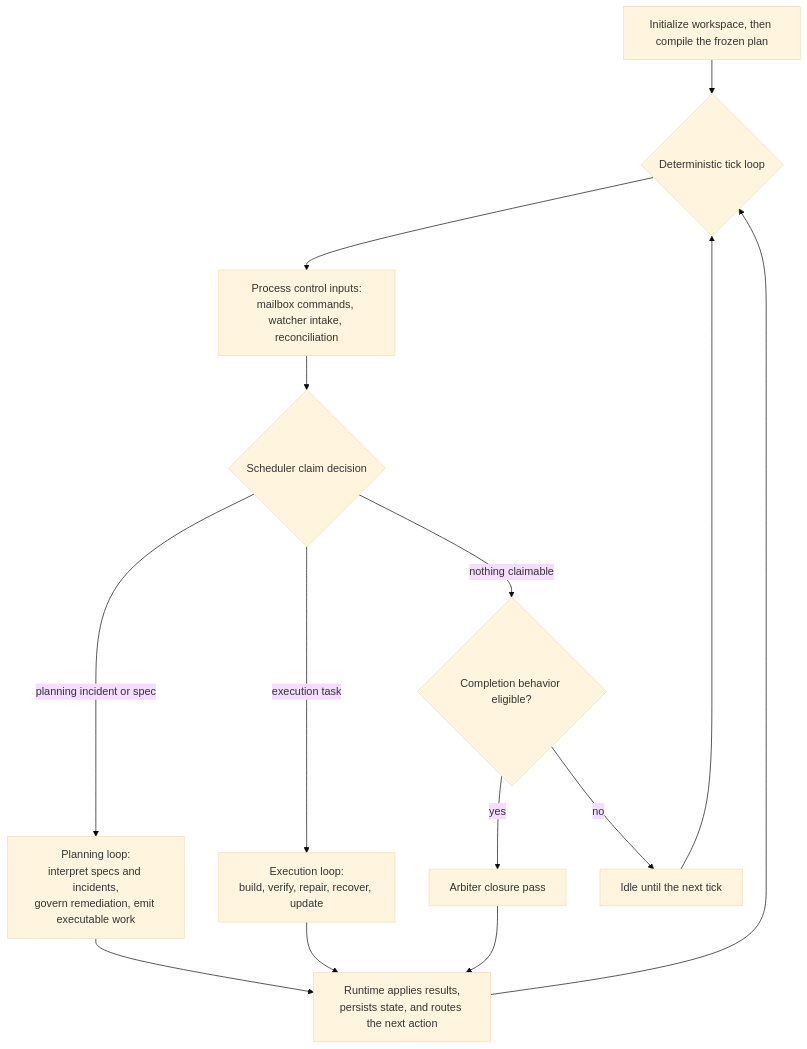
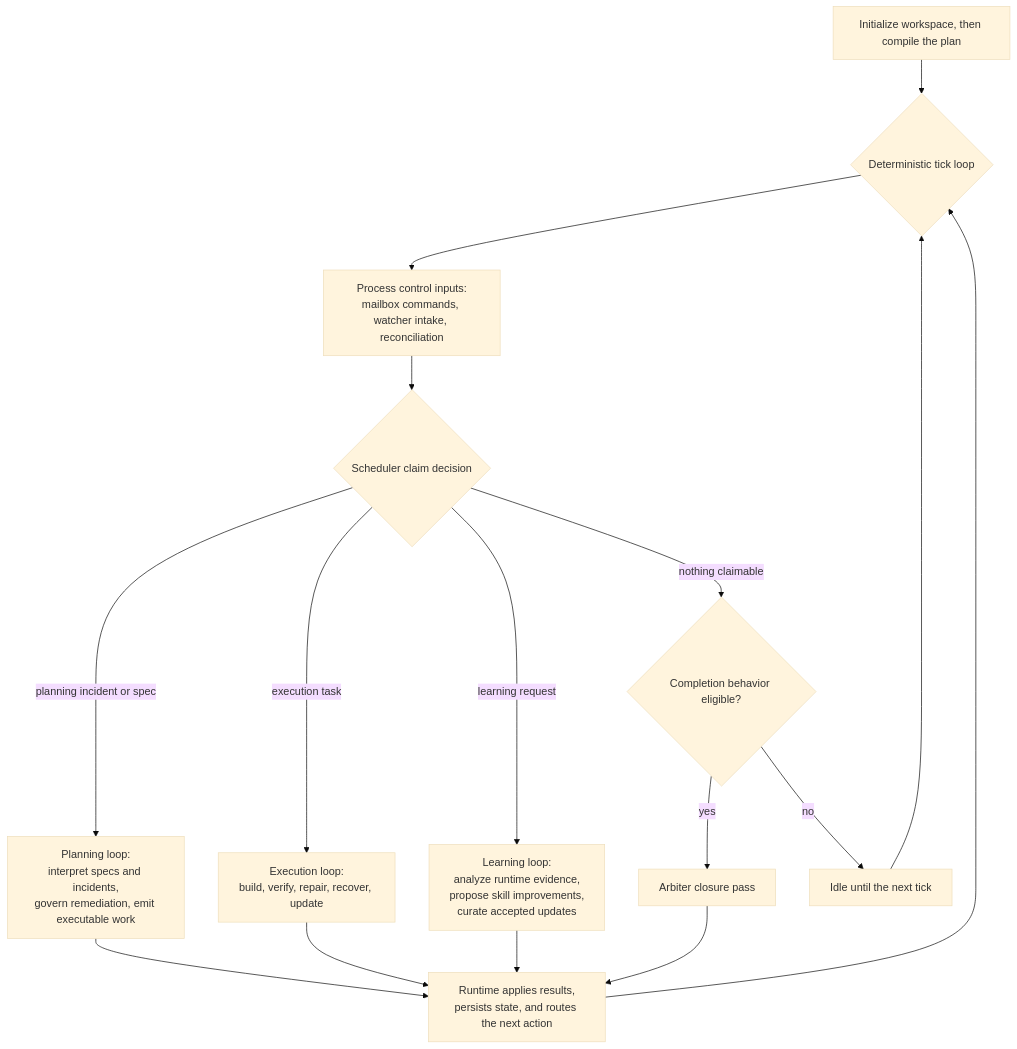
The diagram in README.md (tim-osterhus/millrace), drawn with Mermaid (base theme) before and after one commit. The commit also changed other lines of this file and 36 other files, not shown here.

````diff
--- a/README.md
+++ b/README.md
@@ -53,16 +53,18 @@
 ```mermaid
 flowchart TD
-    A["Initialize workspace, then compile the frozen plan"] --> B{"Deterministic tick loop"}
+    A["Initialize workspace, then compile the plan"] --> B{"Deterministic tick loop"}
     B --> C["Process control inputs:<br/>mailbox commands, watcher intake, reconciliation"]
     C --> D{"Scheduler claim decision"}
     D -- planning incident or spec --> E["Planning loop:<br/>interpret specs and incidents,<br/>govern remediation, emit executable work"]
     D -- execution task --> F["Execution loop:<br/>build, verify, repair, recover, update"]
+    D -- learning request --> K["Learning loop:<br/>analyze runtime evidence,<br/>propose skill improvements,<br/>curate accepted updates"]
     D -- nothing claimable --> G{"Completion behavior eligible?"}
     G -- yes --> H["Arbiter closure pass"]
     G -- no --> I["Idle until the next tick"]
     E --> J["Runtime applies results,<br/>persists state, and routes the next action"]
     F --> J
+    K --> J
     H --> J
     J --> B
     I --> B
 ```
````
